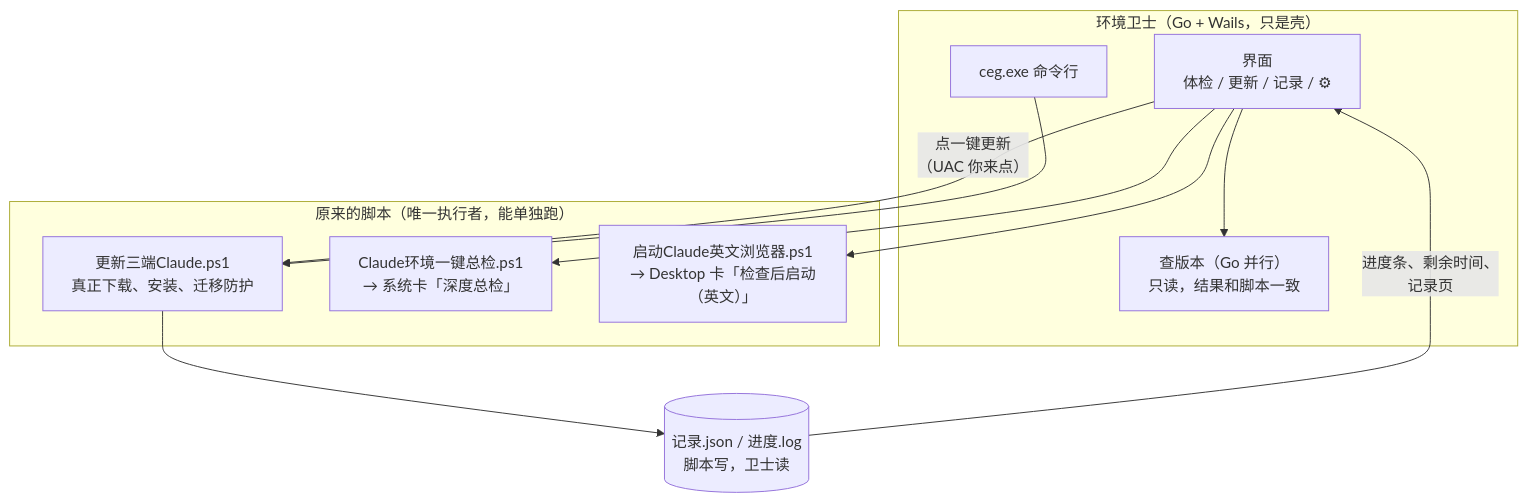
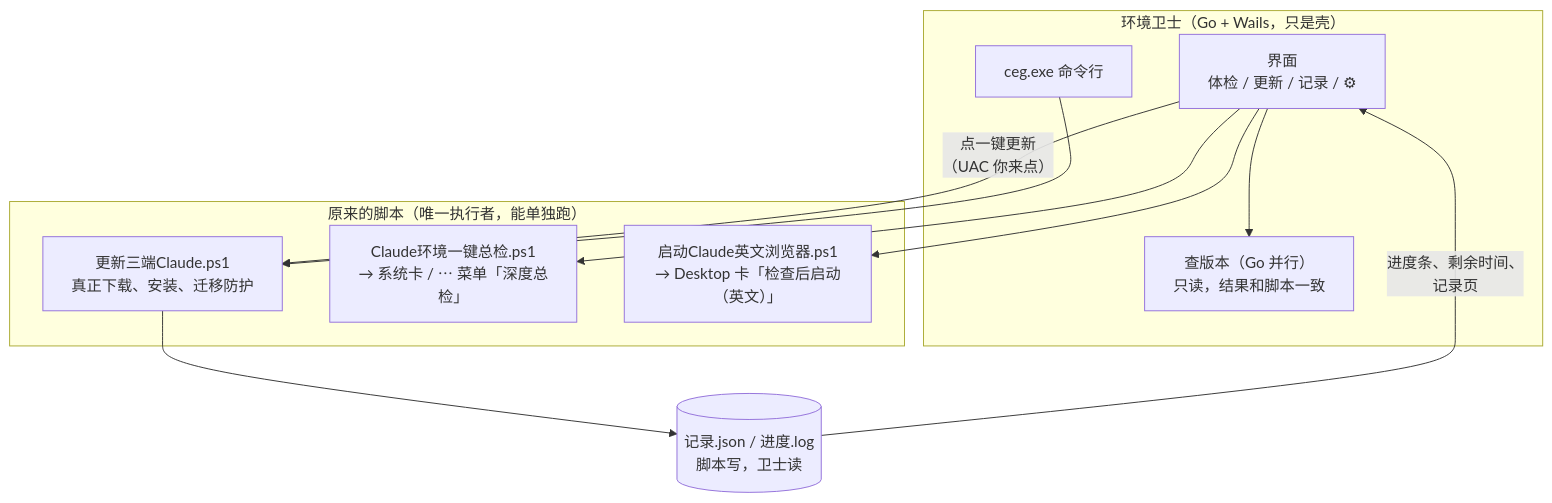
Before and after one commit to xgz123-wq/ClaudeEnvGuard: the second of 2 diagrams in 复盘/01-复盘与考题.md, drawn with Mermaid. The commit also changed 5 other files, not shown here.

````diff
--- a/复盘/01-复盘与考题.md
+++ b/复盘/01-复盘与考题.md
@@ -32,24 +32,24 @@
 ```mermaid
 flowchart TB
     subgraph 卫士["环境卫士（Go + Wails，只是壳）"]
         UI["界面<br/>体检 / 更新 / 记录 / ⚙"]
         CLI["ceg.exe 命令行"]
         GO["查版本（Go 并行）<br/>只读，结果和脚本一致"]
     end
 
     subgraph 脚本["原来的脚本（唯一执行者，能单独跑）"]
         S1["更新三端Claude.ps1<br/>真正下载、安装、迁移防护"]
-        S2["Claude环境一键总检.ps1<br/>→ 系统卡「深度总检」"]
+        S2["Claude环境一键总检.ps1<br/>→ 系统卡 / ⋯ 菜单「深度总检」"]
         S3["启动Claude英文浏览器.ps1<br/>→ Desktop 卡「检查后启动（英文）」"]
     end
 
     R[("记录.json / 进度.log<br/>脚本写，卫士读")]
 
     UI --> GO
     UI -- "点一键更新<br/>（UAC 你来点）" --> S1
     UI --> S2
     UI --> S3
     CLI --> S1
     S1 --> R
     R -- "进度条、剩余时间、<br/>记录页" --> UI
 ```
````
